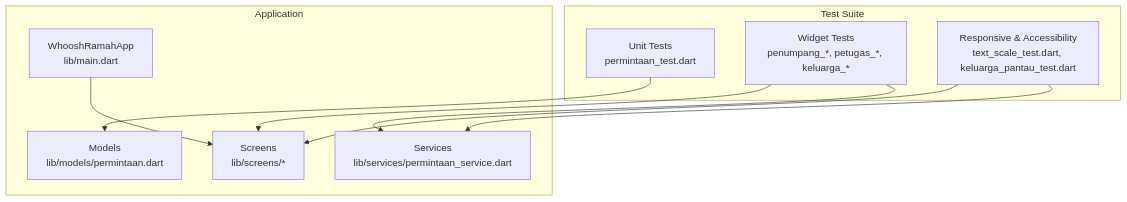
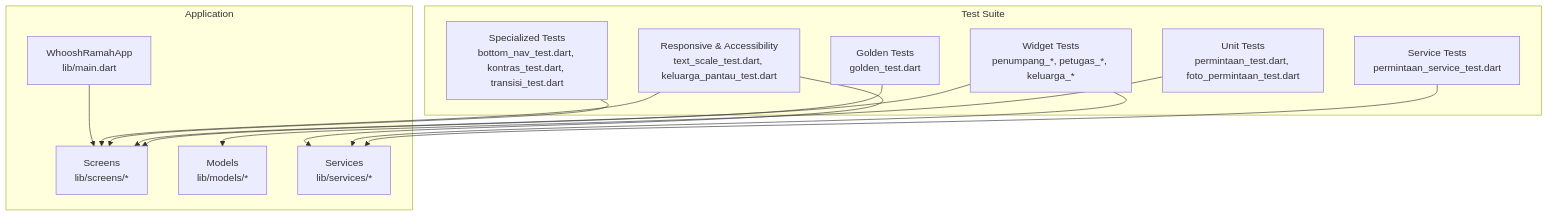
Before and after one commit to rdsarjito/whoosh-ramah: the first of 10 diagrams in .qoder/repowiki/en/content/Testing Strategy.md, drawn with Mermaid. The commit also changed other lines of this file and 68 other files, not shown here.

````diff
--- a/.qoder/repowiki/en/content/Testing Strategy.md
+++ b/.qoder/repowiki/en/content/Testing Strategy.md
@@ -38,20 +55,26 @@
 ```mermaid
 graph TB
 subgraph "Test Suite"
-UT["Unit Tests<br/>permintaan_test.dart"]
+UT["Unit Tests<br/>permintaan_test.dart, foto_permintaan_test.dart"]
+ST["Service Tests<br/>permintaan_service_test.dart"]
+GT["Golden Tests<br/>golden_test.dart"]
 WT["Widget Tests<br/>penumpang_*, petugas_*, keluarga_*"]
+SP["Specialized Tests<br/>bottom_nav_test.dart, kontras_test.dart, transisi_test.dart"]
 RS["Responsive & Accessibility<br/>text_scale_test.dart, keluarga_pantau_test.dart"]
 end
 subgraph "Application"
 APP["WhooshRamahApp<br/>lib/main.dart"]
 SCREENS["Screens<br/>lib/screens/*"]
-MODELS["Models<br/>lib/models/permintaan.dart"]
-SERVICES["Services<br/>lib/services/permintaan_service.dart"]
+MODELS["Models<br/>lib/models/*"]
+SERVICES["Services<br/>lib/services/*"]
 end
 UT --> MODELS
+ST --> SERVICES
+GT --> SCREENS
 WT --> SCREENS
+SP --> SCREENS
 RS --> SCREENS
 WT --> SERVICES
 RS --> SERVICES
 APP --> SCREENS
 ```
````
